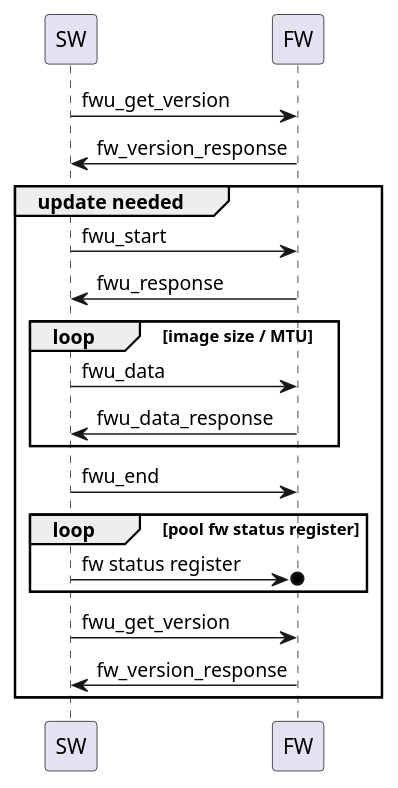
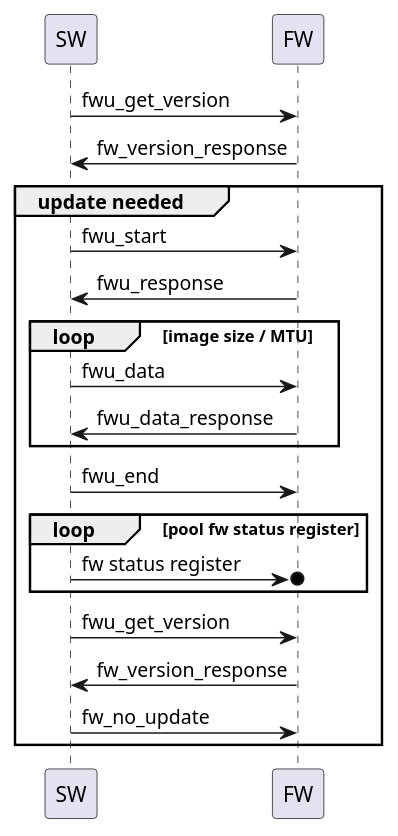
The diagram in doc/images/gsc_fwu_update_flow.plantuml (intel/igsc), drawn with PlantUML before and after one commit. The commit also changed 2 other files, not shown here.

Commit message:
igsc: doc: add no_update flow to the documenation
Add no_update flow to the documenation.

```diff
--- a/doc/images/gsc_fwu_update_flow.plantuml
+++ b/doc/images/gsc_fwu_update_flow.plantuml
@@ -1,20 +1,22 @@
 @startuml
 SW -> FW: fwu_get_version
 FW -> SW: fw_version_response
 
 group update needed
 
     SW -> FW: fwu_start
     FW -> SW: fwu_response
     loop image size / MTU
         SW -> FW: fwu_data
         FW -> SW: fwu_data_response
     end
    SW -> FW: fwu_end
    loop pool fw status register
         SW ->o FW:  fw status register
    end
    SW -> FW: fwu_get_version
    FW -> SW: fw_version_response
+
+   SW -> FW: fw_no_update
 end
 @enduml
```
